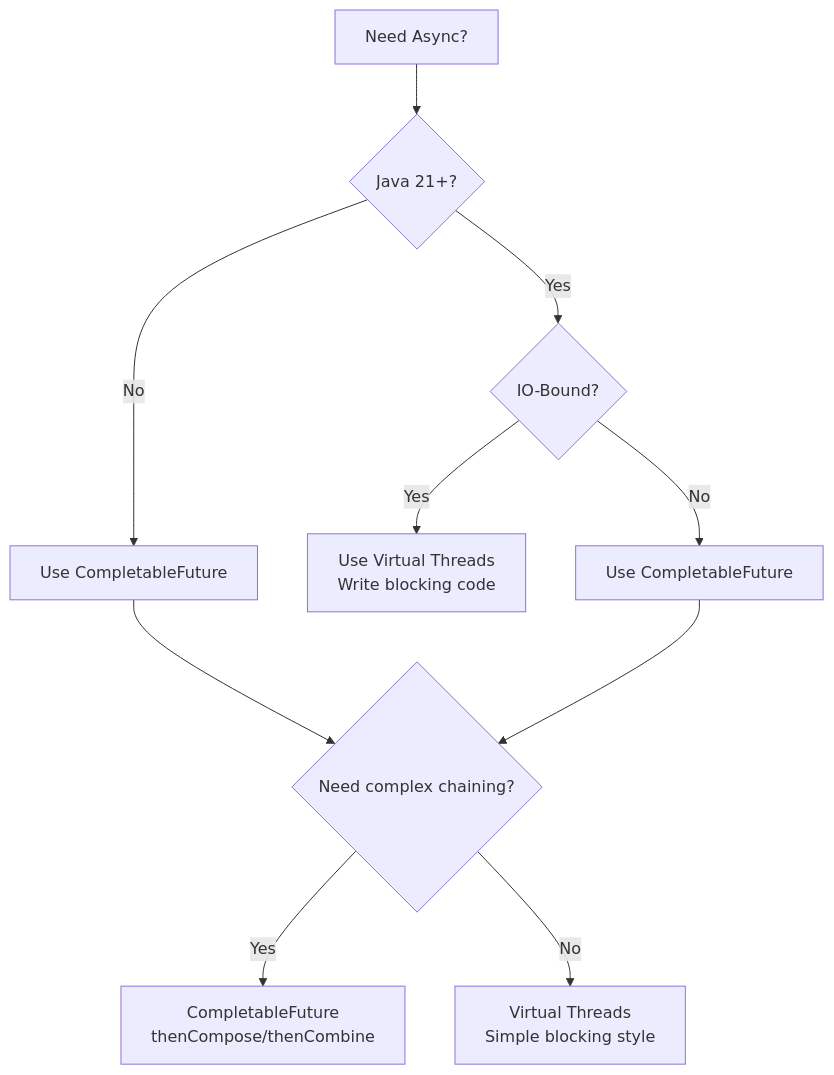
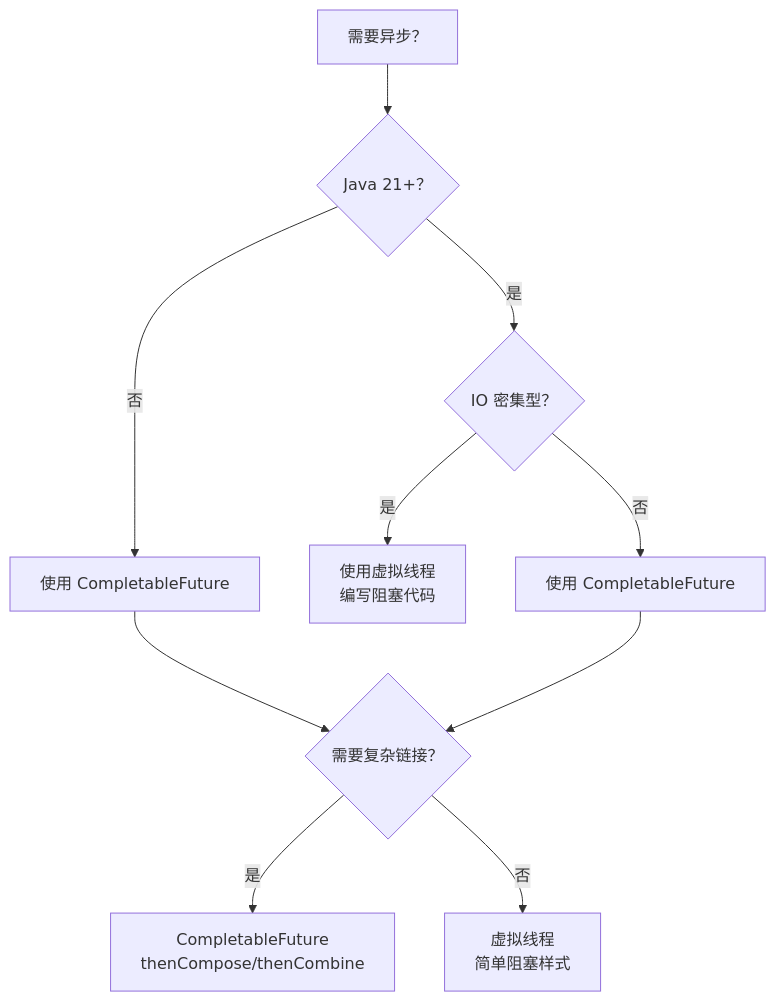
Before and after one commit to YiWang24/AiDIY: the sixth of 8 diagrams in i18n/zh-Hans/docusaurus-plugin-content-docs/current/engineering/backend/concurrency.md, drawn with Mermaid. The commit also changed other lines of this file and 26 other files, not shown here.

````diff
--- a/i18n/zh-Hans/docusaurus-plugin-content-docs/current/engineering/backend/concurrency.md
+++ b/i18n/zh-Hans/docusaurus-plugin-content-docs/current/engineering/backend/concurrency.md
@@ -886,12 +886,12 @@
 ```mermaid
 flowchart TD
-    A[Need Async?] --> B{Java 21+?}
-    B -->|No| C[Use CompletableFuture]
-    B -->|Yes| D{IO-Bound?}
-    D -->|Yes| E[Use Virtual Threads<br/>Write blocking code]
-    D -->|No| F[Use CompletableFuture]
-    C --> G{Need complex chaining?}
+    A[需要异步？] --> B{Java 21+？}
+    B -->|否| C[使用 CompletableFuture]
+    B -->|是| D{IO 密集型？}
+    D -->|是| E[使用虚拟线程<br/>编写阻塞代码]
+    D -->|否| F[使用 CompletableFuture]
+    C --> G{需要复杂链接？}
     F --> G
-    G -->|Yes| H[CompletableFuture<br/>thenCompose/thenCombine]
-    G -->|No| I[Virtual Threads<br/>Simple blocking style]
+    G -->|是| H[CompletableFuture<br/>thenCompose/thenCombine]
+    G -->|否| I[虚拟线程<br/>简单阻塞样式]
 ```
````
